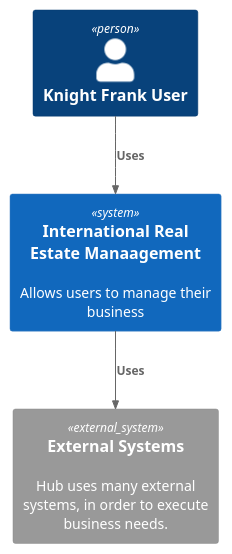
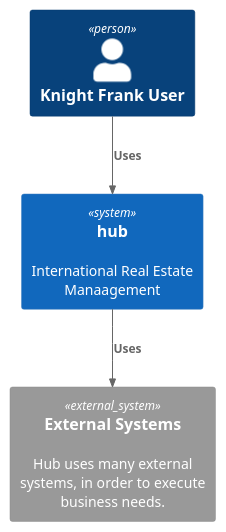
The diagram in assets/C4/hub-Context.puml (Kf-GaryNewport/Kf-GaryNewport.github.io), drawn with PlantUML before and after one commit. The commit also changed 3 other files, not shown here.

```diff
--- a/assets/C4/hub-Context.puml
+++ b/assets/C4/hub-Context.puml
@@ -1,12 +1,12 @@
 @startuml "hub Context"
 !includeurl https://raw.githubusercontent.com/RicardoNiepel/C4-PlantUML/master/C4_Context.puml
 
 'LAYOUT_WITH_LEGEND
 
 Person(user, "Knight Frank User", "")
-System(hub, "International Real Estate Manaagement", "Allows users to manage their business")
+System(hub, "hub", "International Real Estate Manaagement")
 System_Ext(external, "External Systems", "Hub uses many external systems, in order to execute business needs.")
 
 Rel(user, hub, "Uses")
 Rel(hub, external, "Uses")
 @enduml
```
